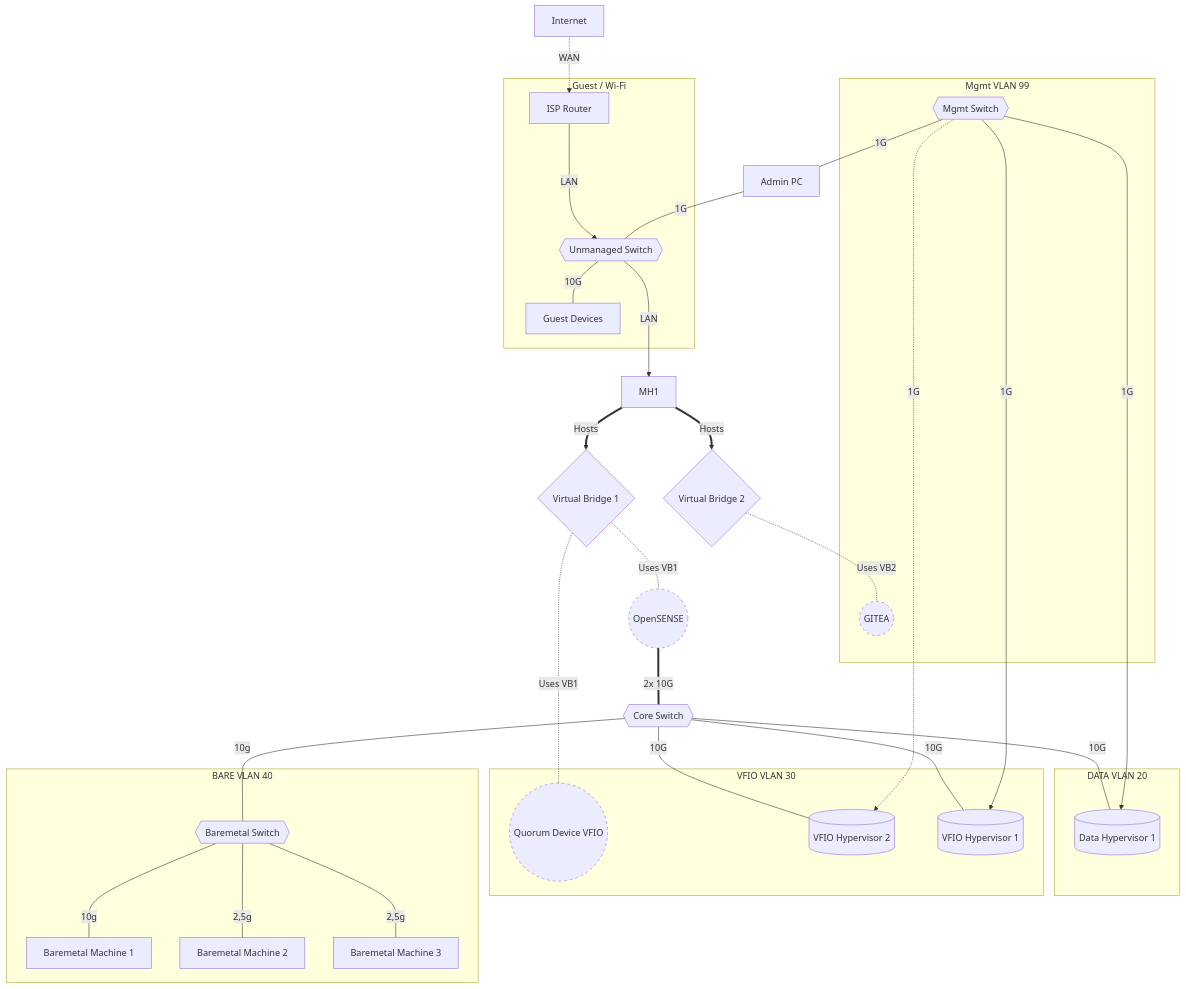
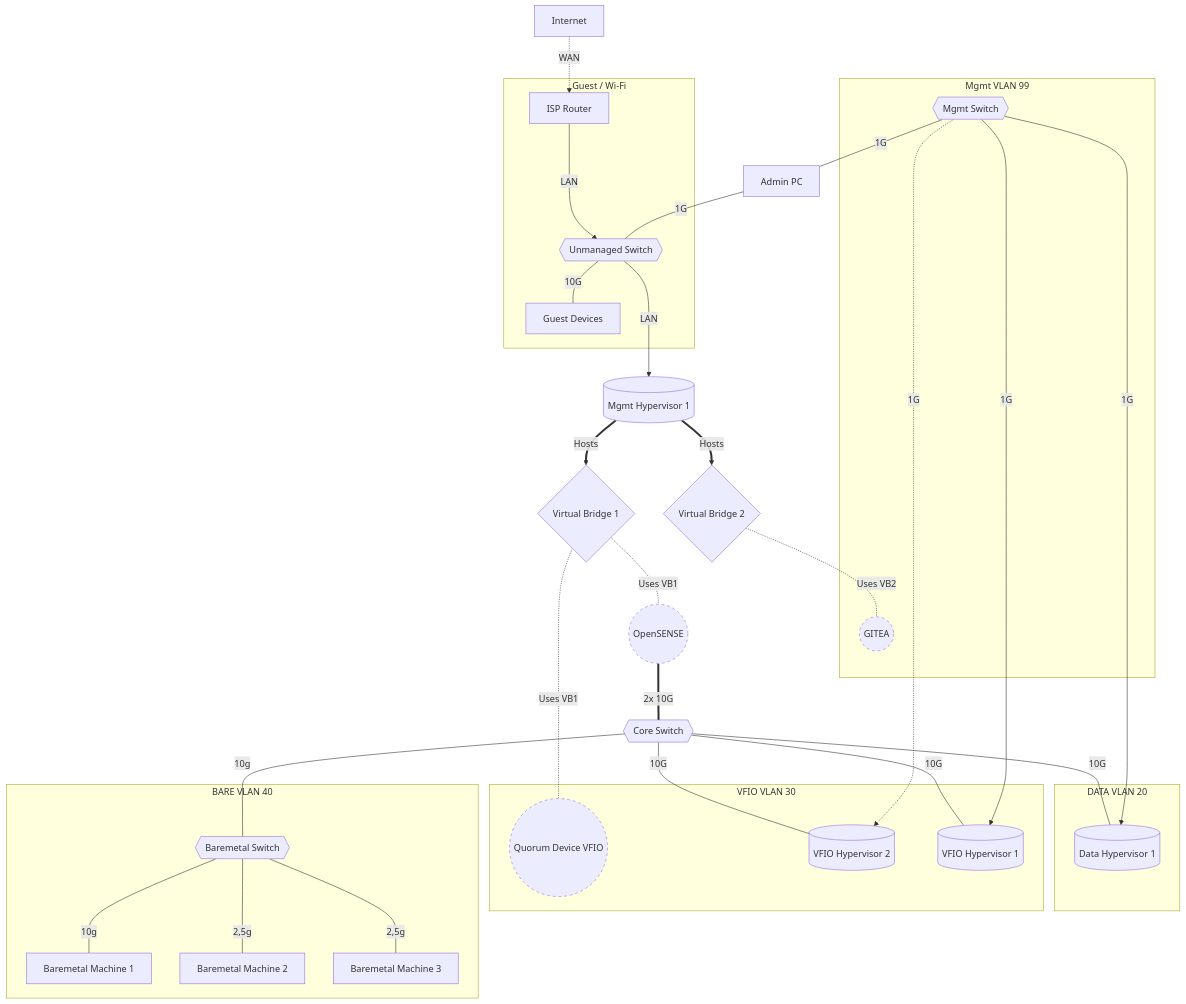
One commit to woeiru/lab changed the diagram in alp/netop.md. Above: the diagram before and after it, drawn with Mermaid.

Commit message:
alp/netop.md: label MH1 in diagram

````diff
--- a/alp/netop.md
+++ b/alp/netop.md
@@ -3,51 +3,51 @@
 ```mermaid
 graph TD
     INT[Internet] -.-> |WAN| ISPR[ISP Router]
     ISPR ---> |LAN| US
-    US{{Unmanaged Switch}} ---> |LAN| MH1
+    US{{Unmanaged Switch}} ---> |LAN| MH1[(Mgmt Hypervisor 1)]
     VB1{Virtual Bridge 1} -.- |"Uses VB1"| QDV((Quorum Device VFIO))
     VB1 -.- |"Uses VB1"| OPN((OpenSENSE))
     OPN ===|"2x 10G"| CS{{Core Switch}}
     MS{{Mgmt Switch}} ---|"1G"| APC[Admin PC]
     APC ---|"1G"| US
     MH1 ==>|"Hosts"| VB1
     MH1 ==>|"Hosts"| VB2{Virtual Bridge 2}
     VB2 -.- |"Uses VB2"| GIT((GITEA))
     CS ---|"10G"| VH2[(VFIO Hypervisor 2)]
     MS -.->|"1G"| VH2
     US ---|"10G"| GD[Guest Devices]
     CS ---|"10G"| VH1[(VFIO Hypervisor 1)]
     MS --->|"1G"| VH1
     CS ---|"10G"| DH1[(Data Hypervisor 1)]
     MS --->|"1G"| DH1
     CS ---|"10g"| BMS{{Baremetal Switch}}
     BMS ---|"10g"| BM1[Baremetal Machine 1]
     BMS ---|"2,5g"| BM2[Baremetal Machine 2]
     BMS ---|"2,5g"| BM3[Baremetal Machine 3]
     subgraph VLAN20 [DATA VLAN 20]
         DH1
     end
     subgraph VLAN30 [VFIO VLAN 30]
         VH1
         VH2
         QDV
     end
     subgraph VLAN40 [BARE VLAN 40]
        BMS
        BM1 
        BM2 
        BM3 
     end
 
     subgraph VLAN99 [Mgmt VLAN 99]
         MS
         GIT
     end
     subgraph Guest [Guest / Wi-Fi]
         ISPR
         GD
         US
     end
     classDef punctuated stroke-dasharray: 5 5;
     class GIT,QDV,OPN punctuated;
 ```
````
